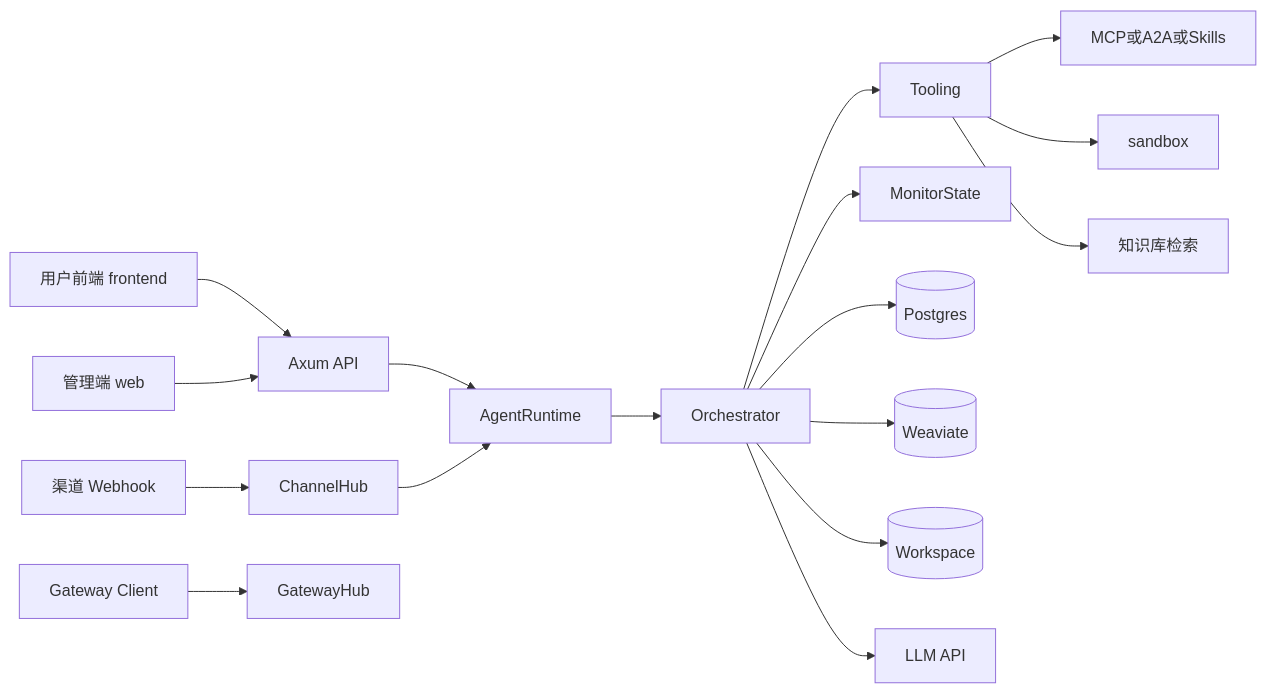
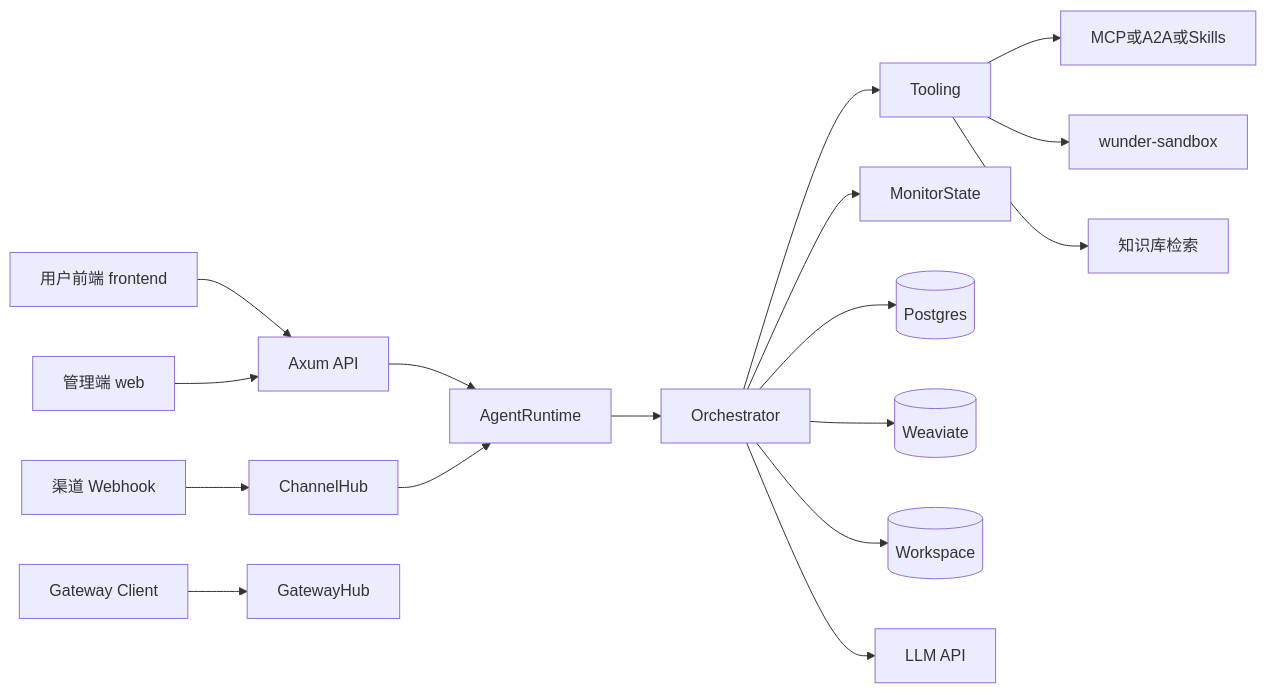
One commit to ylsdamxssjxxdd/wunder changed the first of 8 diagrams in docs/系统介绍.md. Above: the diagram before and after it, drawn with Mermaid. The commit also changed other lines of this file and 19 other files, not shown here.

````diff
--- a/docs/系统介绍.md
+++ b/docs/系统介绍.md
@@ -40,21 +40,21 @@
 ```mermaid
 flowchart LR
   USER[用户前端 frontend] --> API[Axum API]
   ADMIN[管理端 web] --> API
   CH[渠道 Webhook] --> HUB[ChannelHub]
   GW[Gateway Client] --> GWHUB[GatewayHub]
 
   API --> AR[AgentRuntime]
   HUB --> AR
   AR --> ORCH[Orchestrator]
   ORCH --> TOOL[Tooling]
   ORCH --> MON[MonitorState]
   ORCH --> DB[(Postgres)]
   ORCH --> WV[(Weaviate)]
   ORCH --> WS[(Workspace)]
 
   TOOL --> MCP[MCP或A2A或Skills]
-  TOOL --> SBX[sandbox]
+  TOOL --> SBX[wunder-sandbox]
   TOOL --> KB[知识库检索]
   ORCH --> LLM[LLM API]
 ```
````
